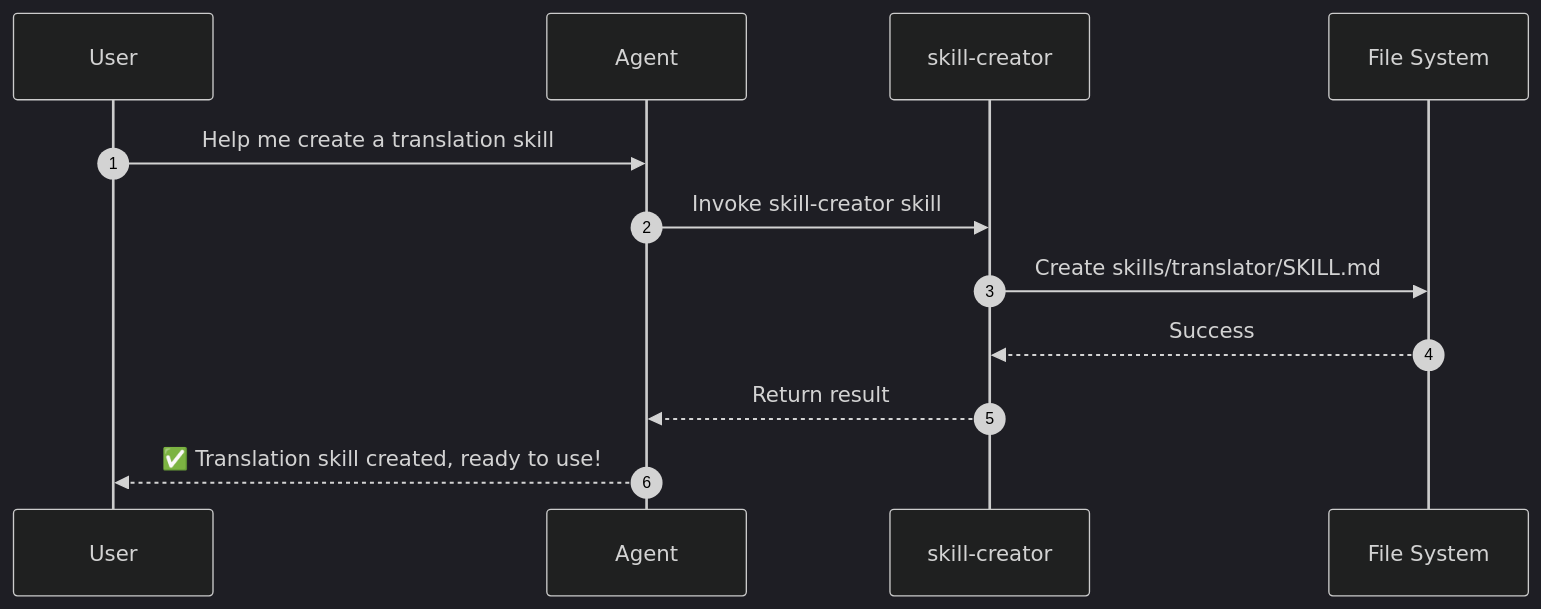
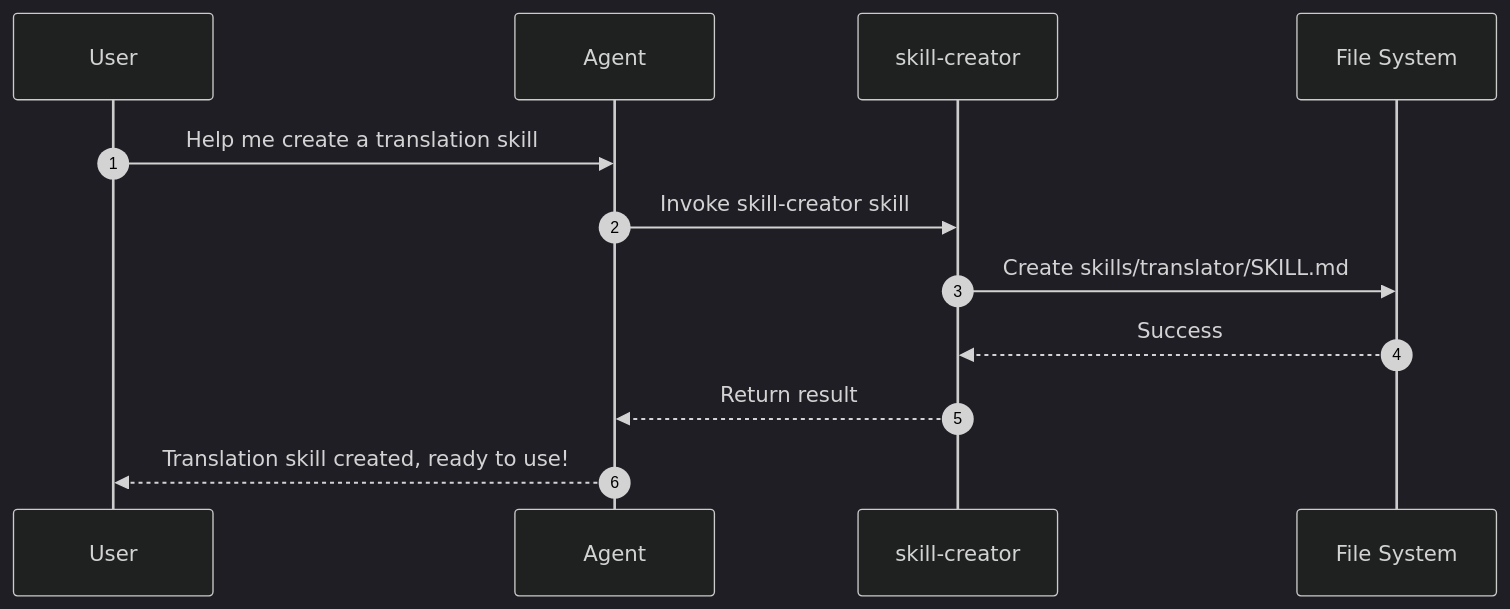
The second of 4 diagrams in docs/en-US/guide/extension.md (xt765/FinchBot), drawn with Mermaid (dark theme) before and after one commit. The commit also changed other lines of this file and 18 other files, not shown here.

First line of the commit message:
docs: 简化架构图并删除所有mermaid图中的表情包

````diff
--- a/docs/en-US/guide/extension.md
+++ b/docs/en-US/guide/extension.md
@@ -140,15 +139,15 @@
 ```mermaid
 sequenceDiagram
     autonumber
     participant U as User
     participant A as Agent
     participant S as skill-creator
     participant F as File System
 
     U->>A: Help me create a translation skill
     A->>S: Invoke skill-creator skill
     S->>F: Create skills/translator/SKILL.md
     F-->>S: Success
     S-->>A: Return result
-    A-->>U: ✅ Translation skill created, ready to use!
+    A-->>U: Translation skill created, ready to use!
 ```
````
